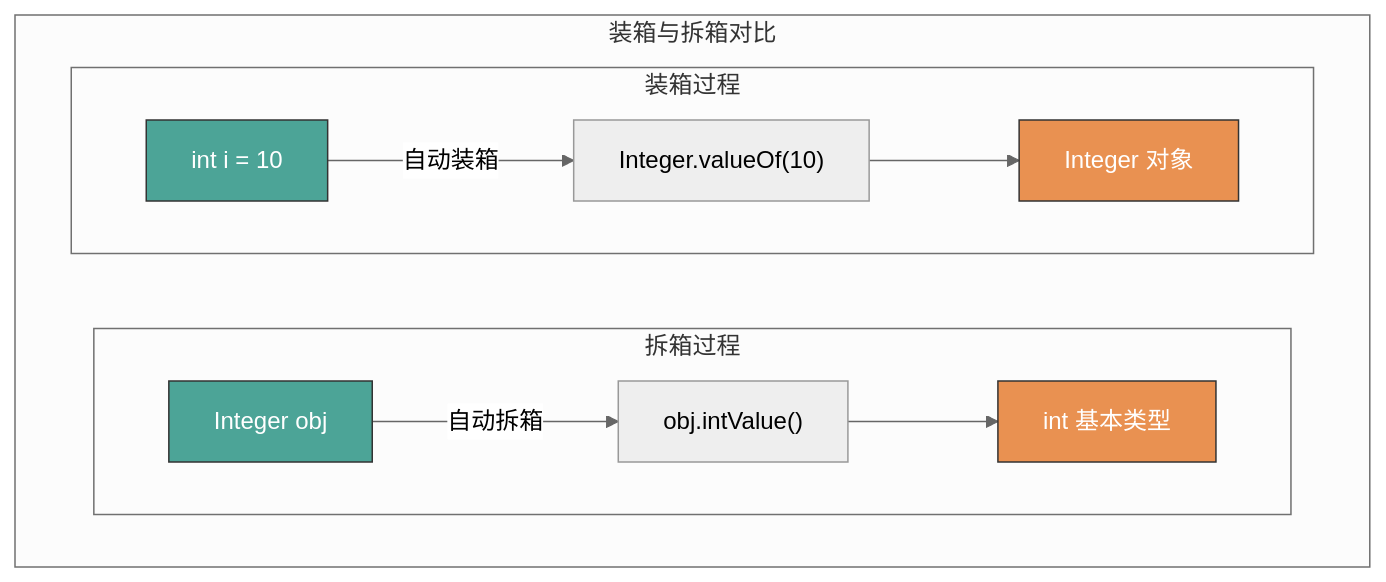
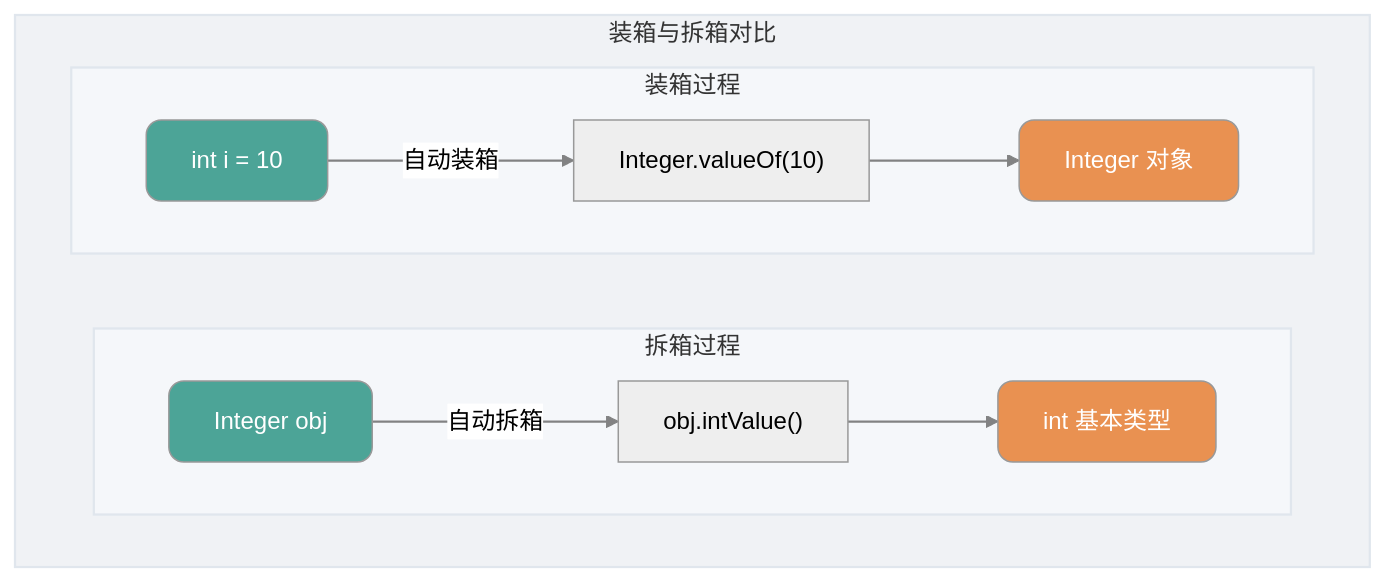
One commit to Snailclimb/JavaGuide changed the fifth of 5 diagrams in docs/java/basis/java-basic-questions-01.md. Above: the diagram before and after it, drawn with Mermaid (neutral theme). The commit also changed other lines of this file and 7 other files, not shown here.

Commit message:
docs：mermaid 配图样式优化

````diff
--- a/docs/java/basis/java-basic-questions-01.md
+++ b/docs/java/basis/java-basic-questions-01.md
@@ -740,24 +749,29 @@
 ```mermaid
 flowchart LR
   subgraph Row["装箱与拆箱对比"]
     direction LR
+    style Row fill:#F0F2F5,stroke:#E0E6ED,stroke-width:1.5px
 
     subgraph Unboxing["拆箱过程"]
       direction LR
+      style Unboxing fill:#F5F7FA,stroke:#E0E6ED,stroke-width:1.5px
       D["Integer obj"] -->|"自动拆箱"| E["obj.intValue()"]
       E --> F["int 基本类型"]
     end
 
     subgraph Boxing["装箱过程"]
       direction LR
+      style Boxing fill:#F5F7FA,stroke:#E0E6ED,stroke-width:1.5px
       A["int i = 10"] -->|"自动装箱"| B["Integer.valueOf(10)"]
       B --> C["Integer 对象"]
     end
   end
 
-  classDef core fill:#4CA497,stroke:#333,color:#fff
-  classDef highlight fill:#E99151,stroke:#333,color:#fff
+  classDef core fill:#4CA497,color:#fff,rx:10,ry:10
+  classDef highlight fill:#E99151,color:#fff,rx:10,ry:10
 
   class A,D core
   class C,F highlight
+
+  linkStyle default stroke-width:1.5px,opacity:0.8
 ```
````
